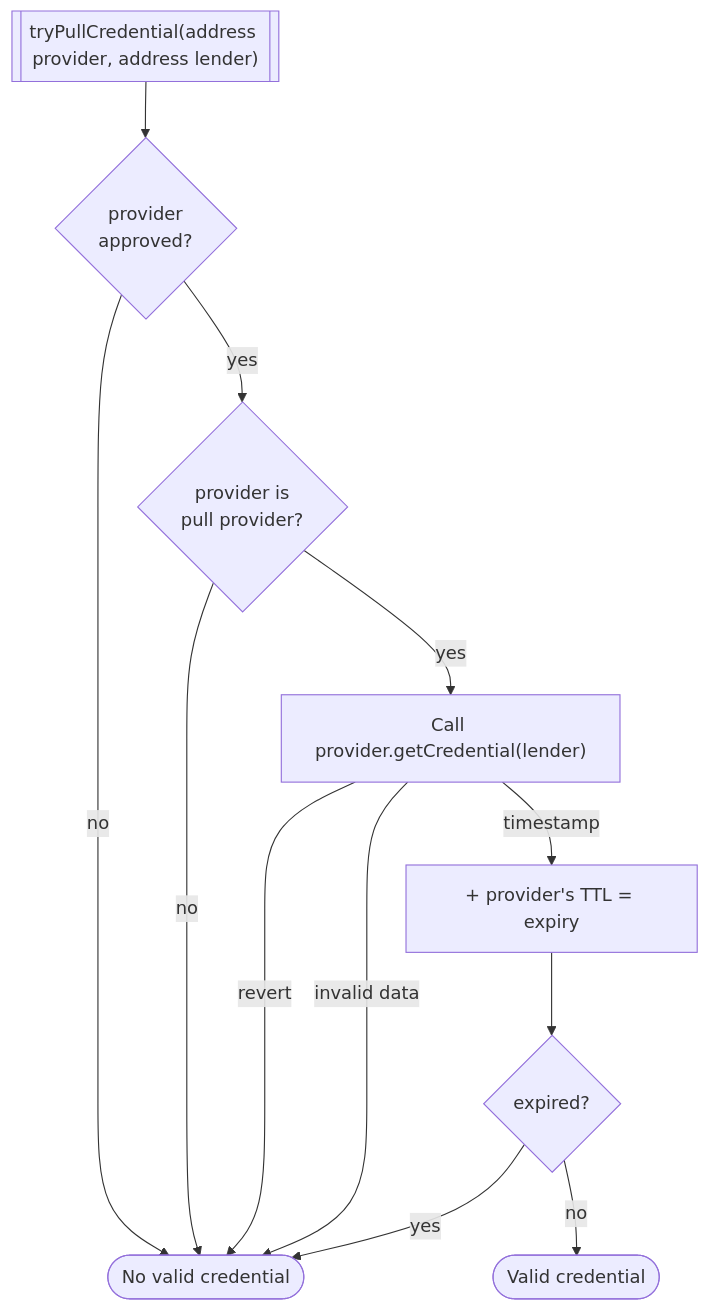
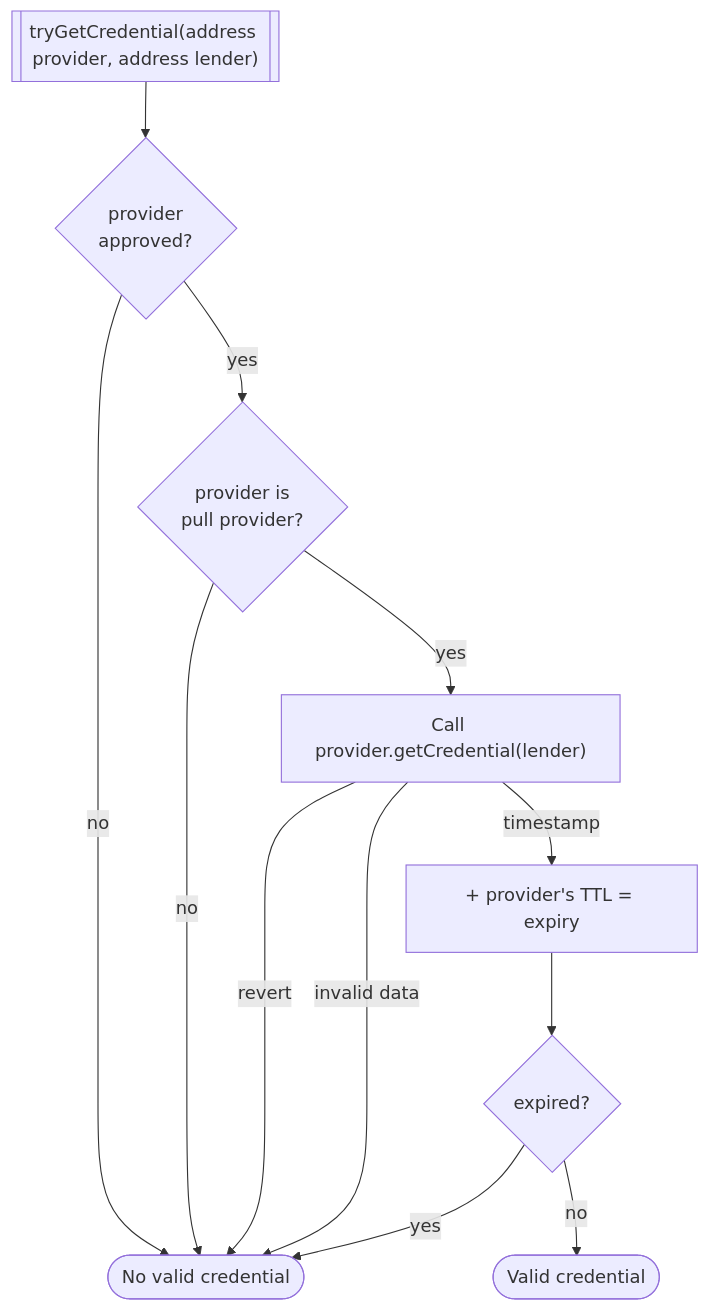
Before and after one commit to code-423n4/2024-08-wildcat: the second of 3 diagrams in docs/hooks/templates/Access Control Hooks.md, drawn with Mermaid. The commit also changed other lines of this file and 2 other files, not shown here.

````diff
--- a/docs/hooks/templates/Access Control Hooks.md
+++ b/docs/hooks/templates/Access Control Hooks.md
@@ -129,13 +202,13 @@
 ```mermaid
 flowchart TD
-    A[["tryPullCredential(address provider, address lender)"]] --> B{provider\n approved?}
+    A[["tryGetCredential(address provider, address lender)"]] --> B{provider\n approved?}
     B -- yes --> X{"provider is\npull provider?"}
     B -- no --> C([No valid credential])
     X -- yes --> D["Call provider.getCredential(lender)"]
     X -- no --> C
     D -- revert --> C
     D -- invalid data --> C
     D -- timestamp --> T[+ provider's TTL = expiry] --> F{expired?}
     F -- yes --> C
     F -- no --> G([Valid credential])
 ```
````
